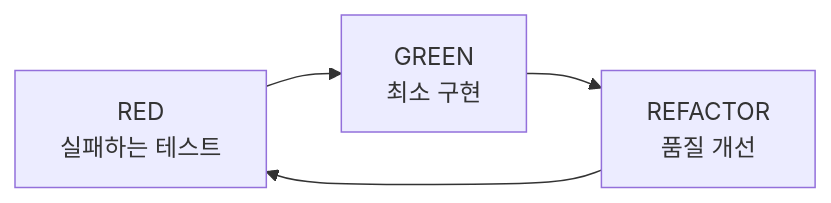
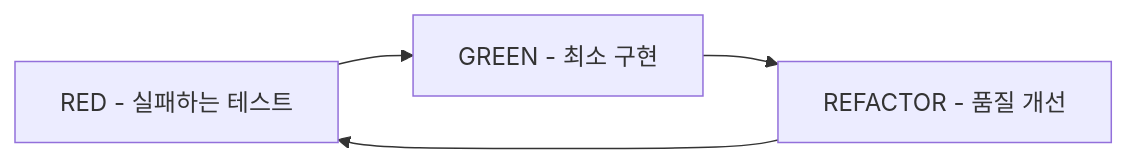
The diagram in docs/analysis/tag-system-critical-analysis.md (modu-ai/moai-adk), drawn with Mermaid before and after one commit. The commit also changed other lines of this file and 447 other files, not shown here.

````diff
--- a/docs/analysis/tag-system-critical-analysis.md
+++ b/docs/analysis/tag-system-critical-analysis.md
@@ -42,7 +42,7 @@
 ```mermaid
 graph LR
-    RED["RED<br/>실패하는 테스트"] --> GREEN["GREEN<br/>최소 구현"]
-    GREEN --> REFACTOR["REFACTOR<br/>품질 개선"]
+    RED["RED - 실패하는 테스트"] --> GREEN["GREEN - 최소 구현"]
+    GREEN --> REFACTOR["REFACTOR - 품질 개선"]
     REFACTOR --> RED
 
 ```
````
